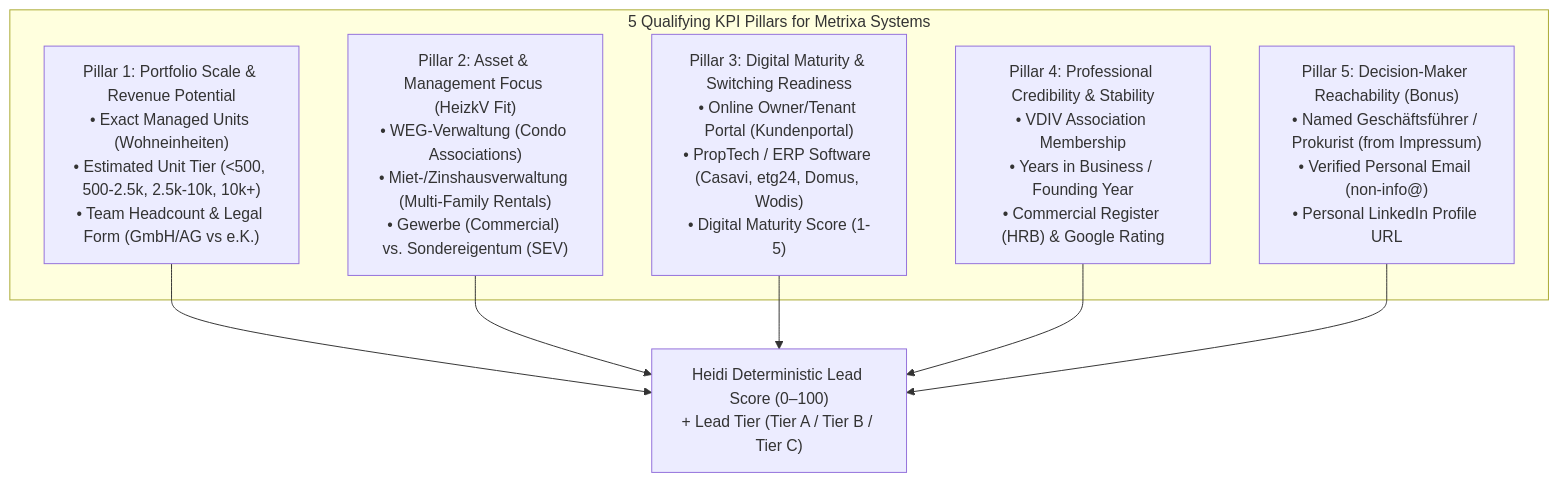
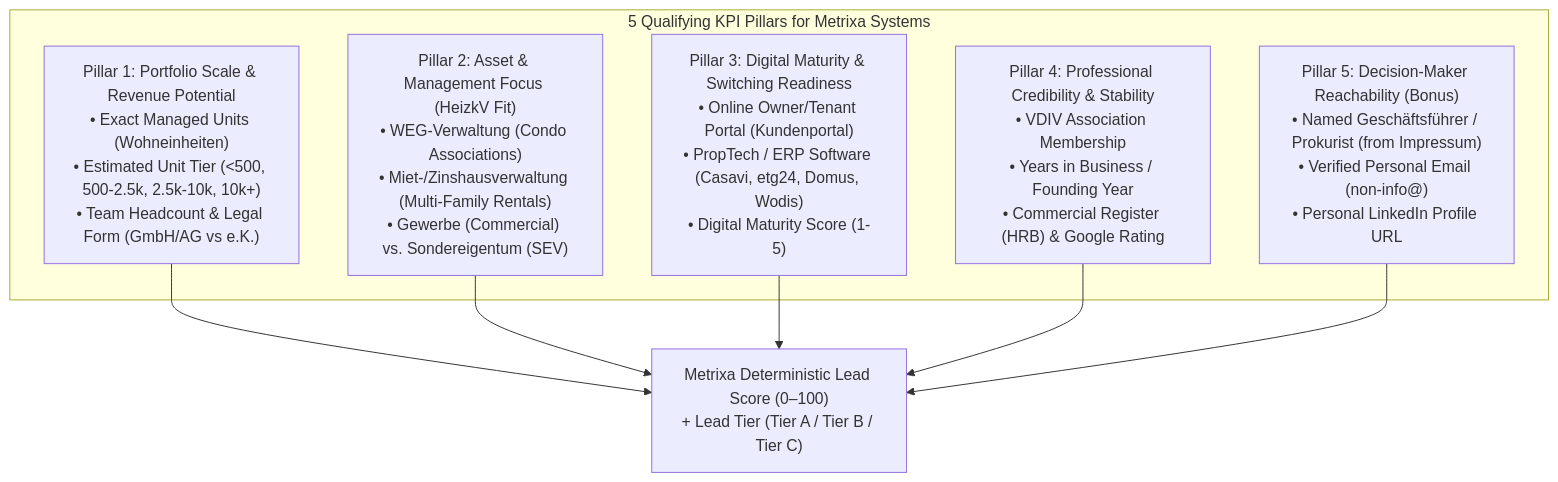
Before and after one commit to sainibhaowal/Metrixa-Systems: the first of 2 diagrams in docs/Working Docs/04_TASK2_KPI_BLUEPRINT_CRAWLER_AND_SCORING_ENGINE.md, drawn with Mermaid. The commit also changed other lines of this file and 98 other files, not shown here.

Commit message:
refactor: rename engine to metrixa_engine, update architecture diagram and purge legacy references

````diff
--- a/docs/Working Docs/04_TASK2_KPI_BLUEPRINT_CRAWLER_AND_SCORING_ENGINE.md
+++ b/docs/Working Docs/04_TASK2_KPI_BLUEPRINT_CRAWLER_AND_SCORING_ENGINE.md
@@ -15,13 +15,13 @@
 ```mermaid
 flowchart TD
     subgraph Pillars["5 Qualifying KPI Pillars for Metrixa Systems"]
         P1["Pillar 1: Portfolio Scale & Revenue Potential\n• Exact Managed Units (Wohneinheiten)\n• Estimated Unit Tier (<500, 500-2.5k, 2.5k-10k, 10k+)\n• Team Headcount & Legal Form (GmbH/AG vs e.K.)"]
         P2["Pillar 2: Asset & Management Focus (HeizkV Fit)\n• WEG-Verwaltung (Condo Associations)\n• Miet-/Zinshausverwaltung (Multi-Family Rentals)\n• Gewerbe (Commercial) vs. Sondereigentum (SEV)"]
         P3["Pillar 3: Digital Maturity & Switching Readiness\n• Online Owner/Tenant Portal (Kundenportal)\n• PropTech / ERP Software (Casavi, etg24, Domus, Wodis)\n• Digital Maturity Score (1-5)"]
         P4["Pillar 4: Professional Credibility & Stability\n• VDIV Association Membership\n• Years in Business / Founding Year\n• Commercial Register (HRB) & Google Rating"]
         P5["Pillar 5: Decision-Maker Reachability (Bonus)\n• Named Geschäftsführer / Prokurist (from Impressum)\n• Verified Personal Email (non-info@)\n• Personal LinkedIn Profile URL"]
     end
 
-    SCORE["Heidi Deterministic Lead Score (0–100)\n+ Lead Tier (Tier A / Tier B / Tier C)"]
+    SCORE["Metrixa Deterministic Lead Score (0–100)\n+ Lead Tier (Tier A / Tier B / Tier C)"]
     P1 & P2 & P3 & P4 & P5 --> SCORE
 ```
````
